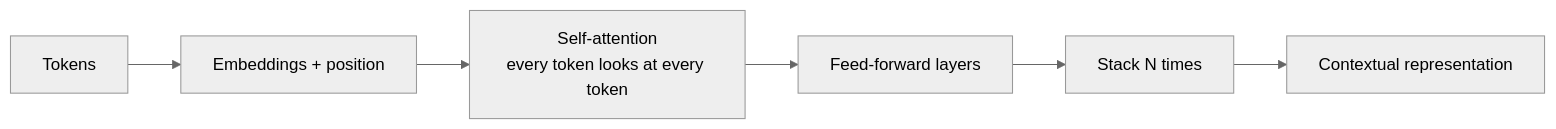
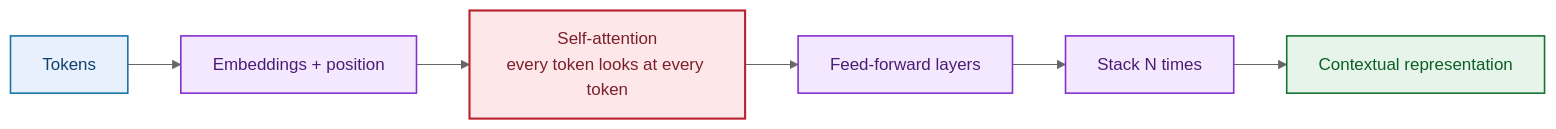
The diagram in slides/diagrams/diag09.mmd (kasemsit/261405), drawn with Mermaid (neutral theme) before and after one commit. The commit also changed 45 other files, not shown here.

Commit message:
Add 5 topics (metrics, recsys, unsupervised, fine-tuning, PDPA/injection/interpretability), detailed RAG/agentic diagrams, course landing page

```diff
--- a/slides/diagrams/diag09.mmd
+++ b/slides/diagrams/diag09.mmd
@@ -1,6 +1,17 @@
 flowchart LR
   T[Tokens] --> E[Embeddings + position]
   E --> A[Self-attention<br/>every token looks at every token]
   A --> F[Feed-forward layers]
   F --> R[Stack N times]
   R --> O[Contextual representation]
+
+  classDef inp   fill:#e8f0fe,stroke:#1a73a8,color:#10406b,stroke-width:1.5px;
+  classDef proc  fill:#f3e8fd,stroke:#8430ce,color:#4a1d75,stroke-width:1.5px;
+  classDef model fill:#fde7e9,stroke:#b8232f,color:#7a1f2b,stroke-width:2px;
+  classDef good  fill:#e6f4ea,stroke:#137333,color:#0b5e26,stroke-width:1.5px;
+  classDef warn  fill:#fff3e0,stroke:#e08600,color:#8a5200,stroke-width:1.5px;
+  classDef store fill:#eceff1,stroke:#5f7d8c,color:#324a54,stroke-width:1.5px;
+  class T inp;
+  class E,F,R proc;
+  class A model;
+  class O good;
```
